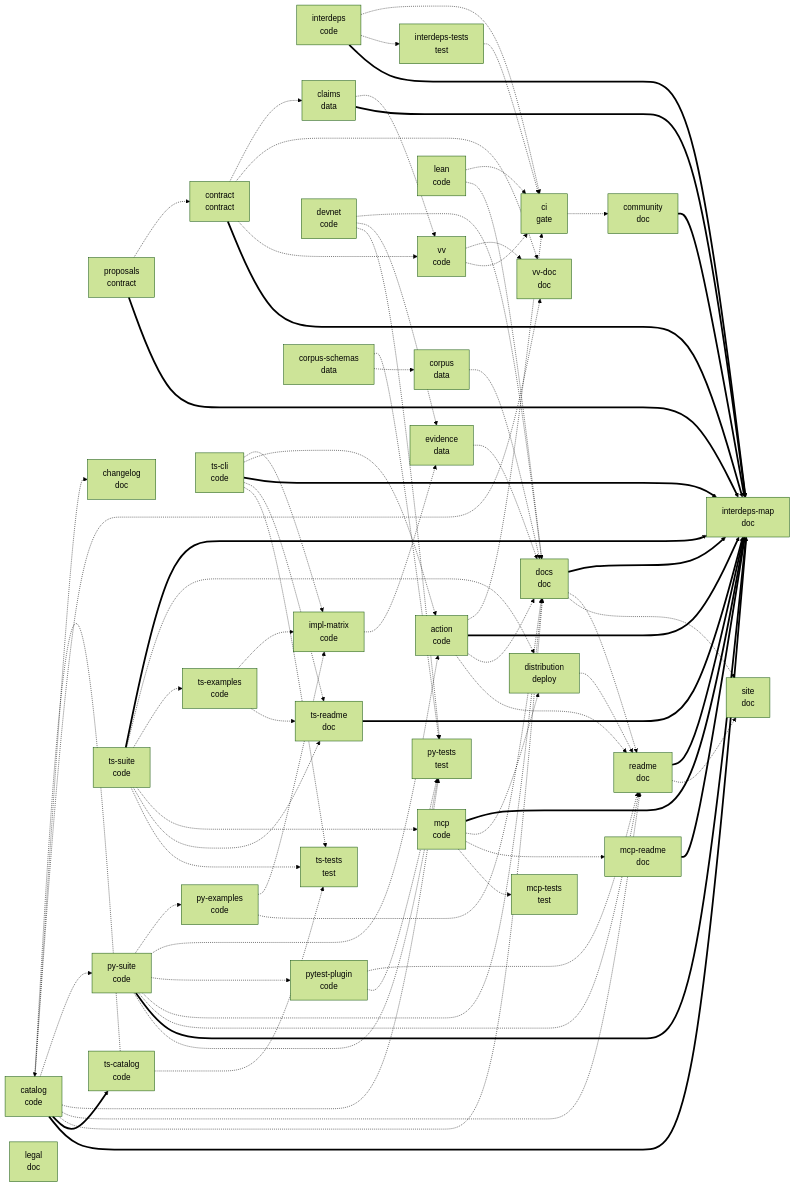
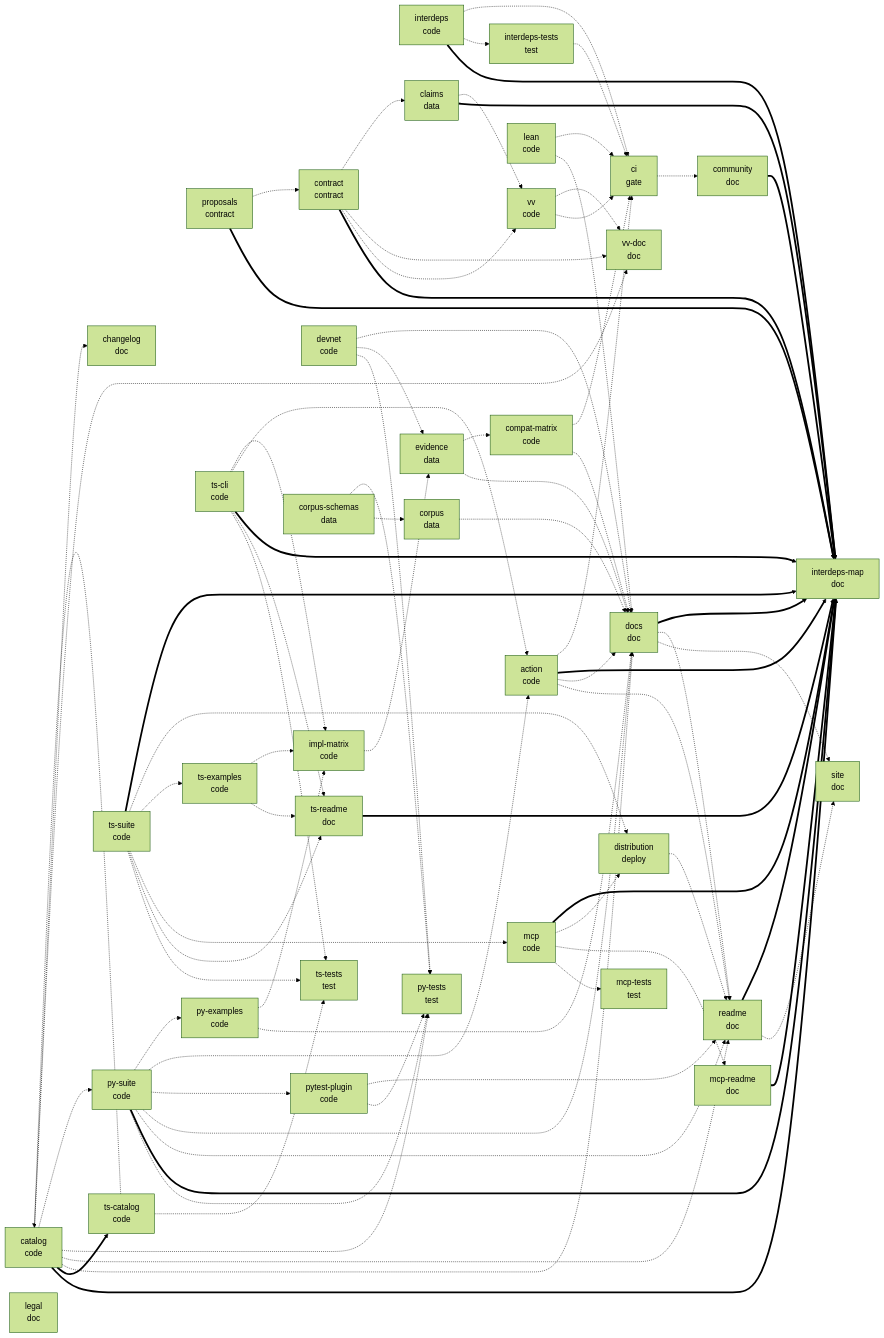
Before and after one commit to atsp-protocol/x402-conformance: the second of 2 diagrams in docs/INTERDEPENDENCY.md, drawn with Mermaid (forest theme). The commit also changed other lines of this file and 7 other files, not shown here.

````diff
--- a/docs/INTERDEPENDENCY.md
+++ b/docs/INTERDEPENDENCY.md
@@ -339,6 +339,7 @@
   corpus["corpus<br/>data"]
   evidence["evidence<br/>data"]
   impl_matrix["impl-matrix<br/>code"]
+  compat_matrix["compat-matrix<br/>code"]
   readme["readme<br/>doc"]
   changelog["changelog<br/>doc"]
   docs["docs<br/>doc"]
@@ -421,4 +422,7 @@
   ts_examples -.-> impl_matrix
   py_examples -.-> impl_matrix
   impl_matrix -.-> evidence
+  evidence -.-> compat_matrix
+  compat_matrix -.-> docs
+  compat_matrix -.-> ci
 ```
````
